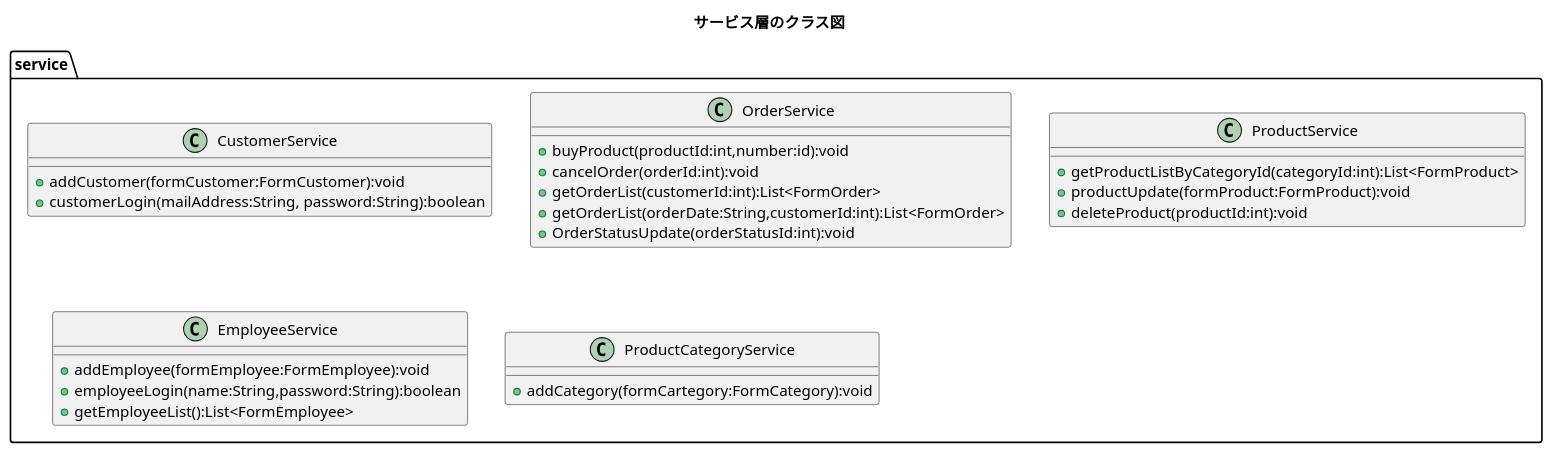
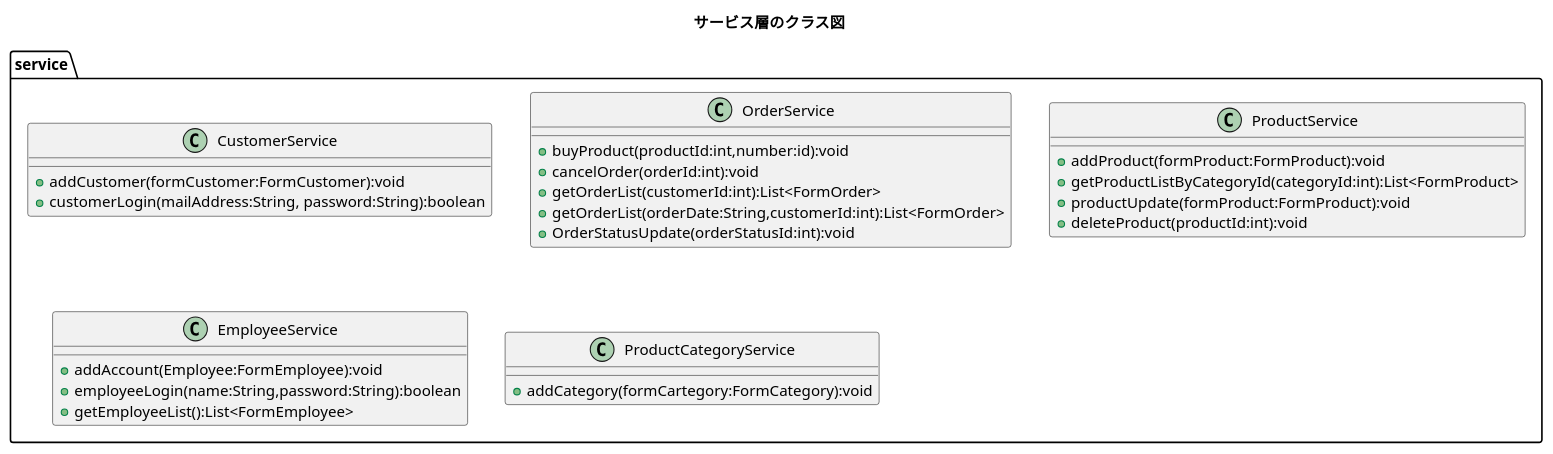
One commit to kanavii3333/ec-b changed the diagram in plan/uml/class/service.plantuml. Above: the diagram before and after it, drawn with PlantUML. The commit also changed 1 other file, not shown here.

Commit message:
service.plamtumlとuc009.plantumlの更新

```diff
--- a/plan/uml/class/service.plantuml
+++ b/plan/uml/class/service.plantuml
@@ -1,34 +1,35 @@
 @startuml
 title サービス層のクラス図
 package service{
 	class CustomerService{
 		+ addCustomer(formCustomer:FormCustomer):void
 		+ customerLogin(mailAddress:String, password:String):boolean
 	}
 	
 	class OrderService{
 		+ buyProduct(productId:int,number:id):void
 		+ cancelOrder(orderId:int):void
 		+ getOrderList(customerId:int):List<FormOrder>
 		+ getOrderList(orderDate:String,customerId:int):List<FormOrder>
 		+ OrderStatusUpdate(orderStatusId:int):void
 	}
 	
 	class ProductService{
+		+ addProduct(formProduct:FormProduct):void
 		+ getProductListByCategoryId(categoryId:int):List<FormProduct>
 		+ productUpdate(formProduct:FormProduct):void
 		+ deleteProduct(productId:int):void
 	}
 
 
 	class EmployeeService{
-		+ addEmployee(formEmployee:FormEmployee):void
+		+ addAccount(Employee:FormEmployee):void
 		+ employeeLogin(name:String,password:String):boolean
 		+ getEmployeeList():List<FormEmployee>
 	}
 	
 	class ProductCategoryService{
 		+ addCategory(formCartegory:FormCategory):void
 	}	
 }
 @enduml
```
